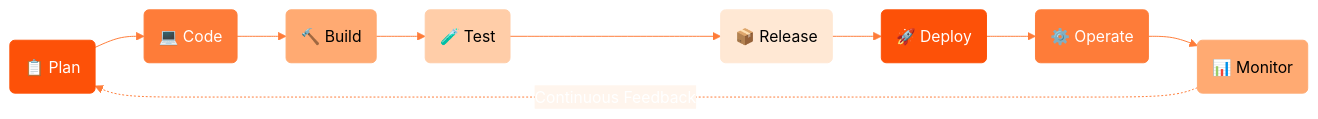
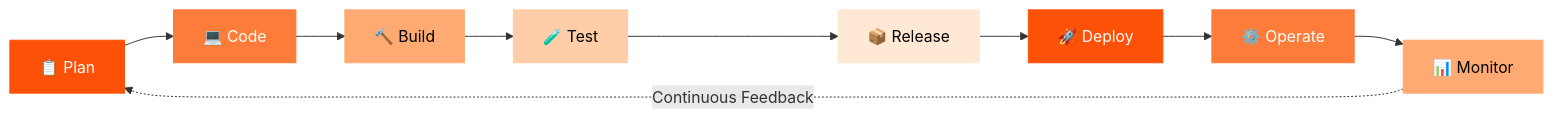
The first of 2 diagrams in docs/index.md (12shubham/mkdocs-demo), drawn with Mermaid before and after one commit. The commit also changed other lines of this file and 14 other files, not shown here.

````diff
--- a/docs/index.md
+++ b/docs/index.md
@@ -26,42 +26,29 @@
 ```mermaid
-%%{init: {'theme': 'base', 'themeVariables': {
-  'primaryColor':       '#FD5108',
-  'primaryTextColor':   '#ffffff',
-  'primaryBorderColor': '#FD5108',
-  'lineColor':          '#FE7C39',
-  'secondaryColor':     '#FFF5ED',
-  'tertiaryColor':      '#FFCDA8',
-  'background':         '#ffffff',
-  'clusterBkg':         '#FFF5ED',
-  'titleColor':         '#FD5108',
-  'edgeLabelBackground':'#FFF5ED',
-  'fontFamily':         'Inter, sans-serif'
-}}}%%
 graph LR
-    PLAN("📋 Plan")
-    CODE("💻 Code")
-    BUILD("🔨 Build")
-    TEST("🧪 Test")
-    RELEASE("📦 Release")
-    DEPLOY("🚀 Deploy")
-    OPERATE("⚙️ Operate")
-    MONITOR("📊 Monitor")
+    PLAN["📋 Plan"]
+    CODE["💻 Code"]
+    BUILD["🔨 Build"]
+    TEST["🧪 Test"]
+    RELEASE["📦 Release"]
+    DEPLOY["🚀 Deploy"]
+    OPERATE["⚙️ Operate"]
+    MONITOR["📊 Monitor"]
 
     PLAN    --> CODE
     CODE    --> BUILD
     BUILD   --> TEST
     TEST    --> RELEASE
     RELEASE --> DEPLOY
     DEPLOY  --> OPERATE
     OPERATE --> MONITOR
-    MONITOR -.->|"Continuous Feedback"| PLAN
+    MONITOR -.->|Continuous Feedback| PLAN
 
     style PLAN    fill:#FD5108,stroke:#FD5108,color:#fff
     style CODE    fill:#FE7C39,stroke:#FE7C39,color:#fff
     style BUILD   fill:#FFAA72,stroke:#FFAA72,color:#000
     style TEST    fill:#FFCDA8,stroke:#FFCDA8,color:#000
     style RELEASE fill:#FFE8D4,stroke:#FFE8D4,color:#000
     style DEPLOY  fill:#FD5108,stroke:#FD5108,color:#fff
     style OPERATE fill:#FE7C39,stroke:#FE7C39,color:#fff
     style MONITOR fill:#FFAA72,stroke:#FFAA72,color:#000
 ```
````
